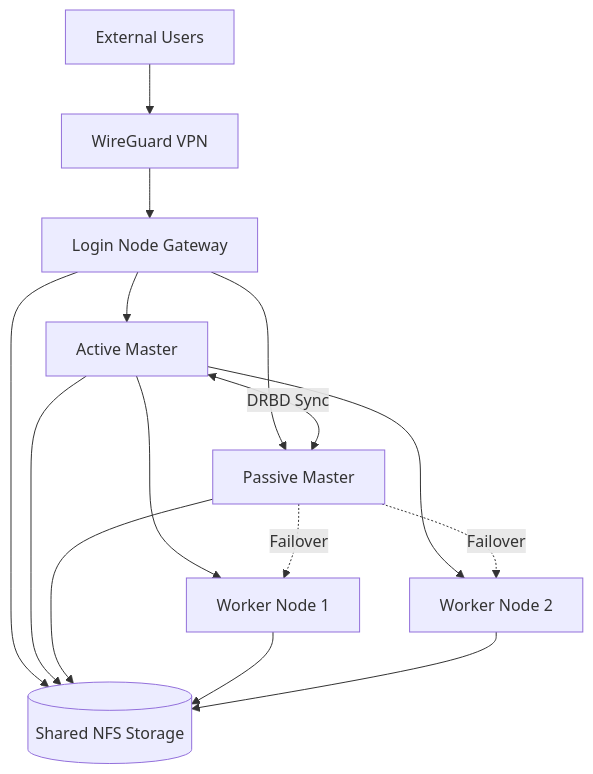
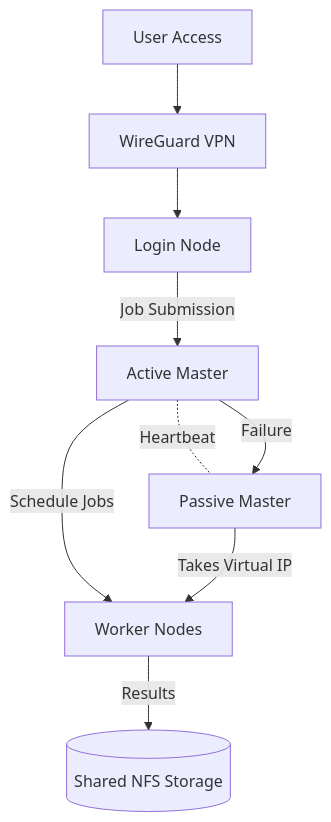
The diagram in README.md (Prince-Philip-06/High-Availability-HPC-Cluster-), drawn with Mermaid before and after one commit. The commit also changed other lines of this file, not shown here.

````diff
--- a/README.md
+++ b/README.md
@@ -21,22 +81,15 @@
 ```mermaid
 flowchart TB
-    User[External Users] --> VPN[WireGuard VPN]
-    VPN --> Login[Login Node Gateway]
+    U[User Access] --> VPN[WireGuard VPN]
+    VPN --> L[Login Node]
 
-    Login --> Active[Active Master]
-    Login --> Passive[Passive Master]
+    L -->|Job Submission| M1[Active Master]
+    M1 -->|Schedule Jobs| W1[Worker Nodes]
 
-    Active <-->|DRBD Sync| Passive
+    M1 -.Heartbeat.- M2[Passive Master]
 
-    Active --> W1[Worker Node 1]
-    Active --> W2[Worker Node 2]
+    M1 -- Failure --> M2
+    M2 -->|Takes Virtual IP| W1
 
-    Passive -. Failover .-> W1
-    Passive -. Failover .-> W2
-
-    Login --> NFS[(Shared NFS Storage)]
-    Active --> NFS
-    Passive --> NFS
-    W1 --> NFS
-    W2 --> NFS
+    W1 -->|Results| Storage[(Shared NFS Storage)]
 ```
````
